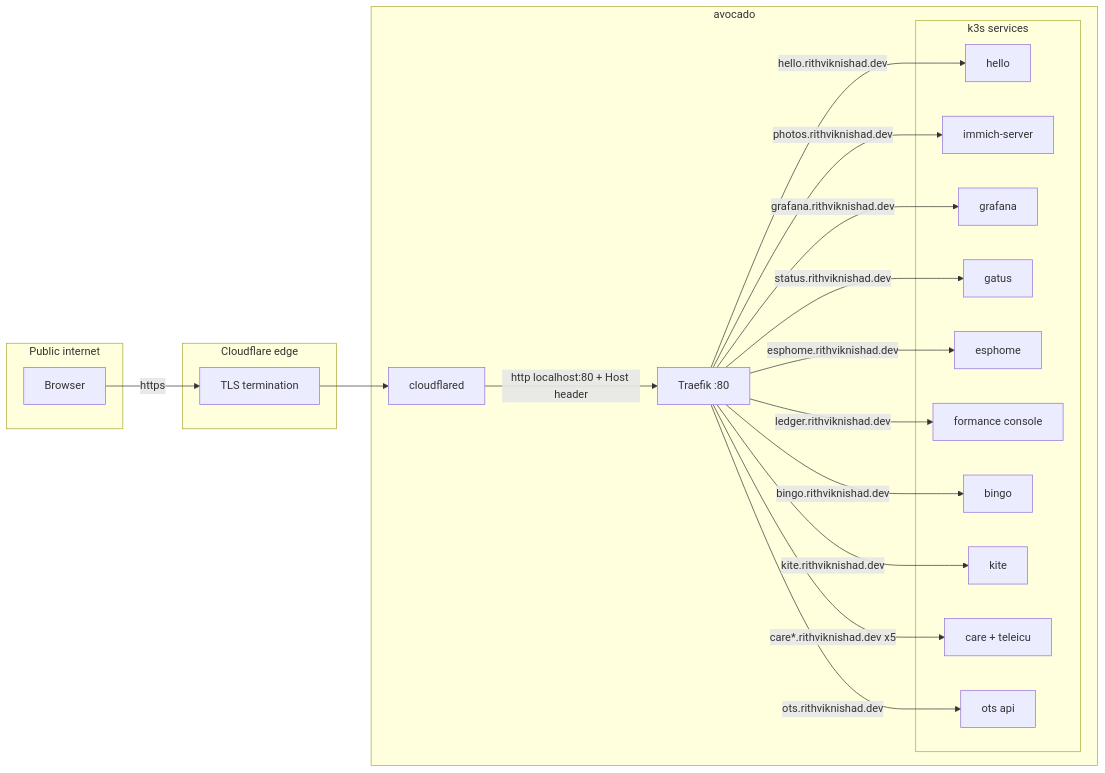
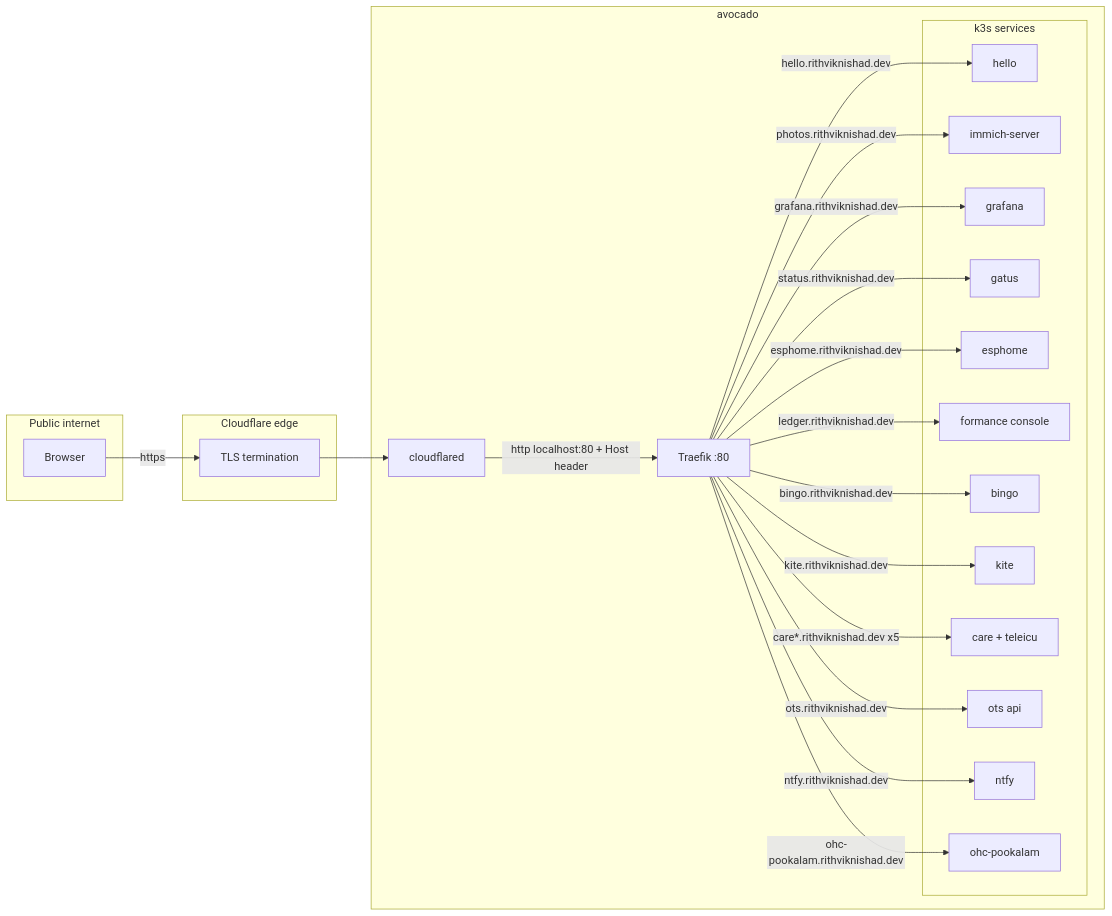
Before and after one commit to rithviknishad/systems.nix: the diagram in docs/networking.md, drawn with Mermaid. The commit also changed other lines of this file and 17 other files, not shown here.

Commit message:
add another camera and ohc-pookalam

````diff
--- a/docs/networking.md
+++ b/docs/networking.md
@@ -73,38 +73,42 @@
 ```mermaid
 flowchart LR
     subgraph internet[Public internet]
         user[Browser]
     end
     subgraph cf[Cloudflare edge]
         tls[TLS termination]
     end
     subgraph box[avocado]
         cd[cloudflared]
         traefik[Traefik :80]
         subgraph k8s[k3s services]
             hello[hello]
             immich[immich-server]
             grafana[grafana]
             gatus[gatus]
             esphome[esphome]
             ledger[formance console]
             bingo[bingo]
             kite[kite]
             care[care + teleicu]
             ots[ots api]
+            ntfy[ntfy]
+            pookalam[ohc-pookalam]
         end
     end
 
     user -->|https| tls --> cd
     cd -->|http localhost:80 + Host header| traefik
     traefik -->|hello.rithviknishad.dev| hello
     traefik -->|photos.rithviknishad.dev| immich
     traefik -->|grafana.rithviknishad.dev| grafana
     traefik -->|status.rithviknishad.dev| gatus
     traefik -->|esphome.rithviknishad.dev| esphome
     traefik -->|ledger.rithviknishad.dev| ledger
     traefik -->|bingo.rithviknishad.dev| bingo
     traefik -->|kite.rithviknishad.dev| kite
     traefik -->|care*.rithviknishad.dev x5| care
     traefik -->|ots.rithviknishad.dev| ots
+    traefik -->|ntfy.rithviknishad.dev| ntfy
+    traefik -->|ohc-pookalam.rithviknishad.dev| pookalam
 ```
````
